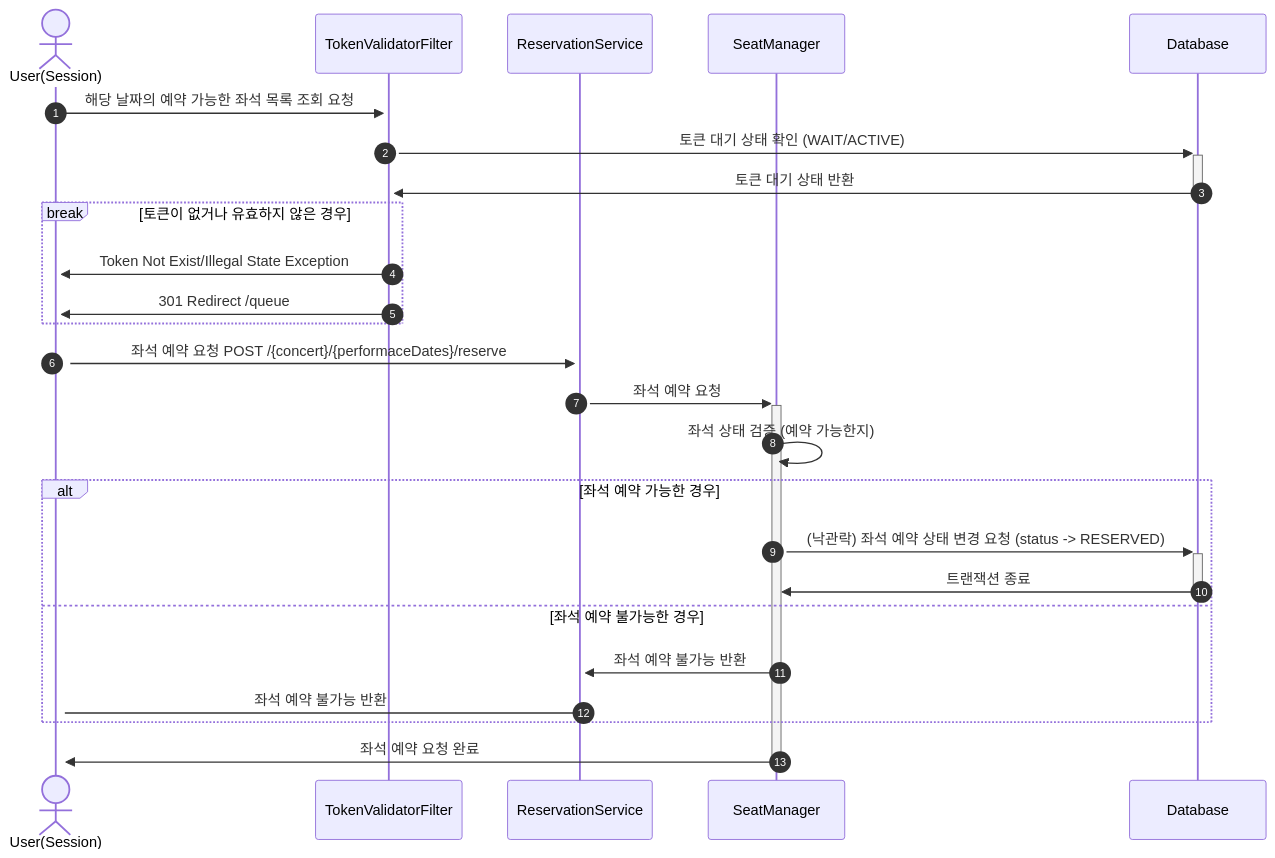
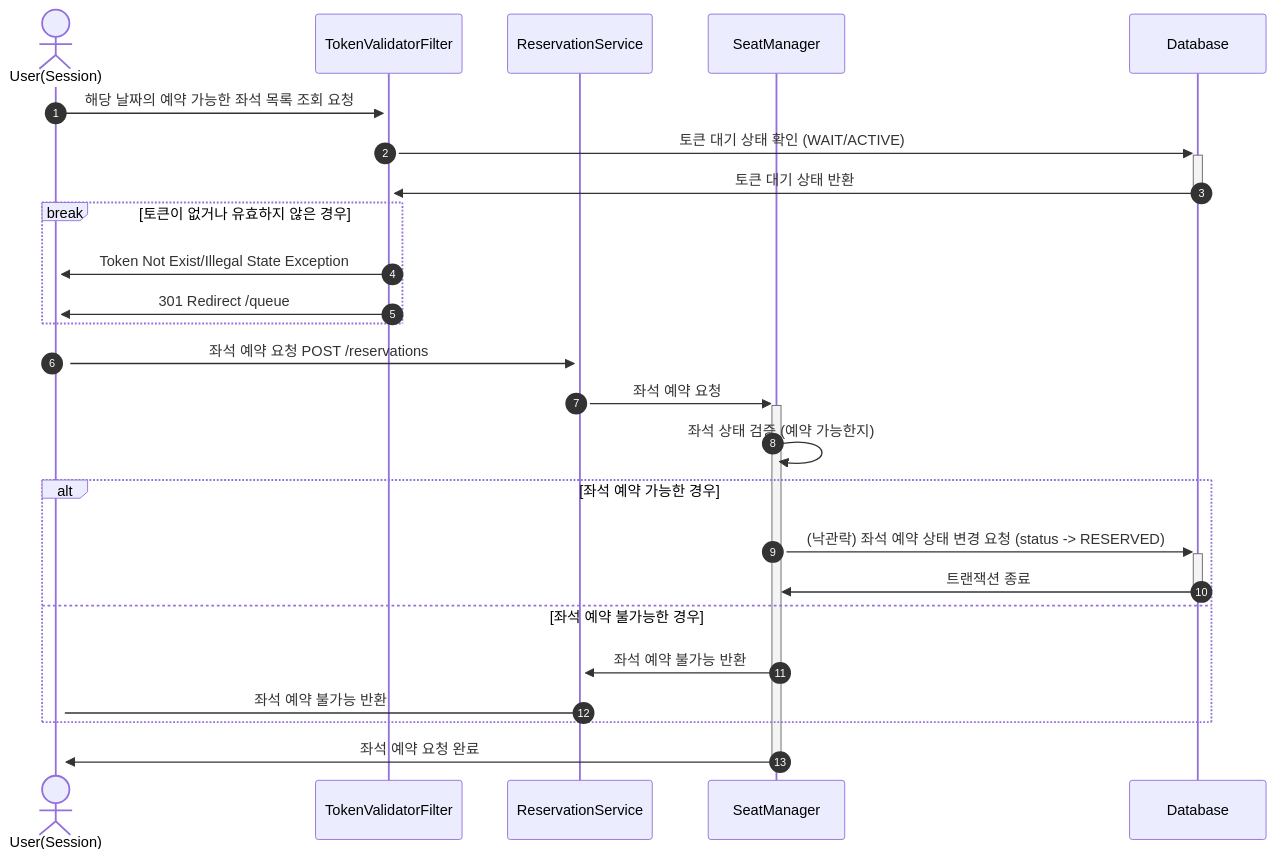
One commit to hpp-backend-15/java-concert-joonhyeokyang changed the diagram in docs/sequence/3.좌석-예약-요청.md. Above: the diagram before and after it, drawn with Mermaid. The commit also changed 1 other file, not shown here.

Commit message:
docs: url 변경

````diff
--- a/docs/sequence/3.좌석-예약-요청.md
+++ b/docs/sequence/3.좌석-예약-요청.md
@@ -7,28 +7,28 @@
 ```mermaid
 sequenceDiagram
     autonumber
     actor u as User(Session)
     participant tvf as TokenValidatorFilter
     participant rs as ReservationService
     participant sm as SeatManager
     participant db as Database
     u ->>+ tvf: 해당 날짜의 예약 가능한 좌석 목록 조회 요청
     tvf ->>+ db: 토큰 대기 상태 확인 (WAIT/ACTIVE)
     db ->>- tvf: 토큰 대기 상태 반환
     break 토큰이 없거나 유효하지 않은 경우
         tvf ->>+ u: Token Not Exist/Illegal State Exception
         tvf ->>+ u: 301 Redirect /queue
     end
 
-    u ->>+ rs: 좌석 예약 요청 POST /{concert}/{performaceDates}/reserve
+    u ->>+ rs: 좌석 예약 요청 POST /reservations
     rs ->>+ sm: 좌석 예약 요청
     sm ->> sm: 좌석 상태 검증 (예약 가능한지)
     alt 좌석 예약 가능한 경우
         sm ->>+ db: (낙관락) 좌석 예약 상태 변경 요청 (status -> RESERVED)
         db ->>- sm: 트랜잭션 종료
     else 좌석 예약 불가능한 경우
         sm ->> rs: 좌석 예약 불가능 반환
         rs -> u: 좌석 예약 불가능 반환
     end
     sm ->>- u: 좌석 예약 요청 완료
 ```
````
